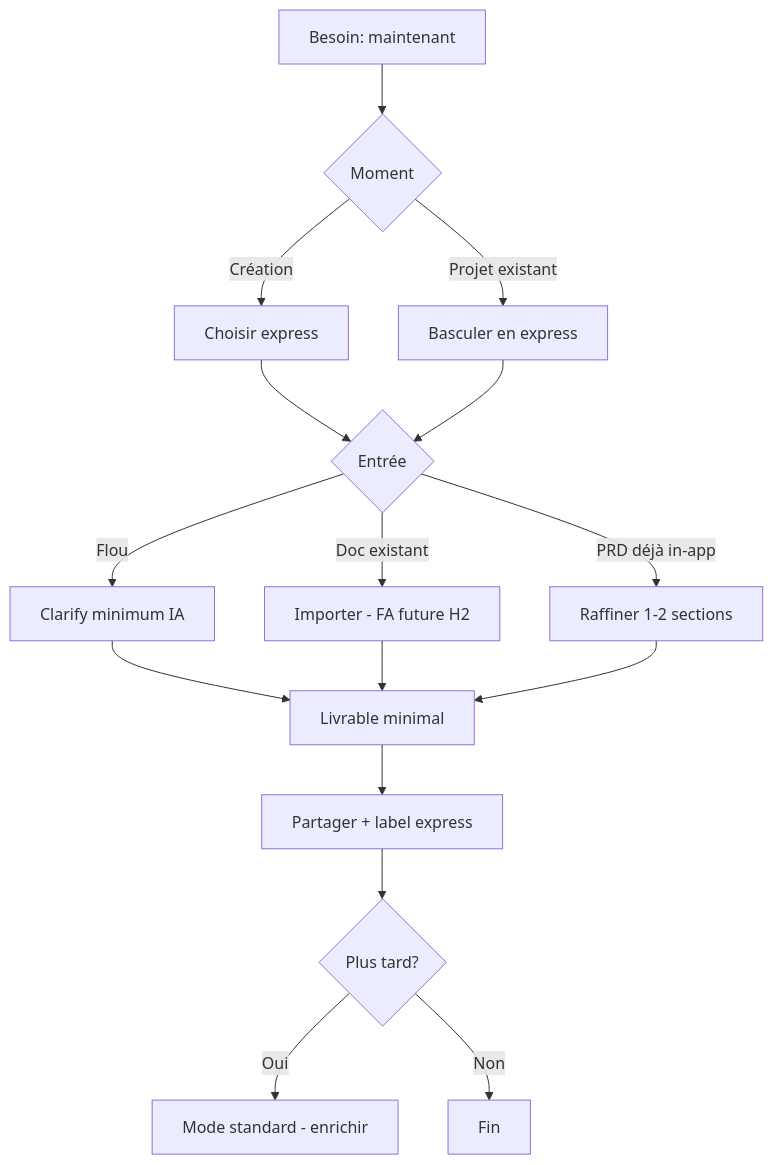
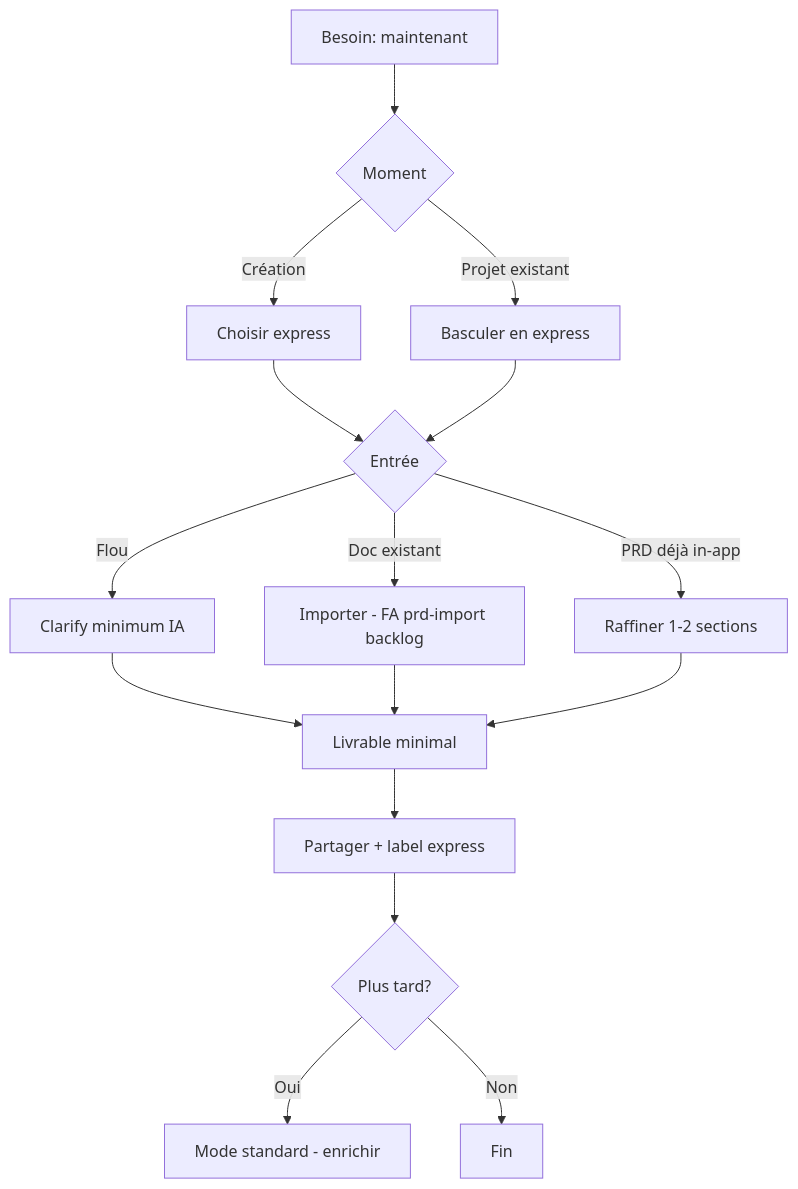
The first of 2 diagrams in docs/product/product-hics-diagnostic.md (romain-zt/zedos.app), drawn with Mermaid before and after one commit. The commit also changed other lines of this file and 79 other files, not shown here.

````diff
--- a/docs/product/product-hics-diagnostic.md
+++ b/docs/product/product-hics-diagnostic.md
@@ -55,18 +55,18 @@
 ```mermaid
 flowchart TD
   A[Besoin: maintenant] --> B{Moment}
   B -->|Création| C[Choisir express]
   B -->|Projet existant| D[Basculer en express]
   C --> E{Entrée}
   D --> E
   E -->|Flou| F[Clarify minimum IA]
-  E -->|Doc existant| G[Importer - FA future H2]
+  E -->|Doc existant| G[Importer - FA prd-import backlog]
   E -->|PRD déjà in-app| H[Raffiner 1-2 sections]
   F --> I[Livrable minimal]
   G --> I
   H --> I
   I --> J[Partager + label express]
   J --> K{Plus tard?}
   K -->|Oui| L[Mode standard - enrichir]
   K -->|Non| M[Fin]
 ```
````
